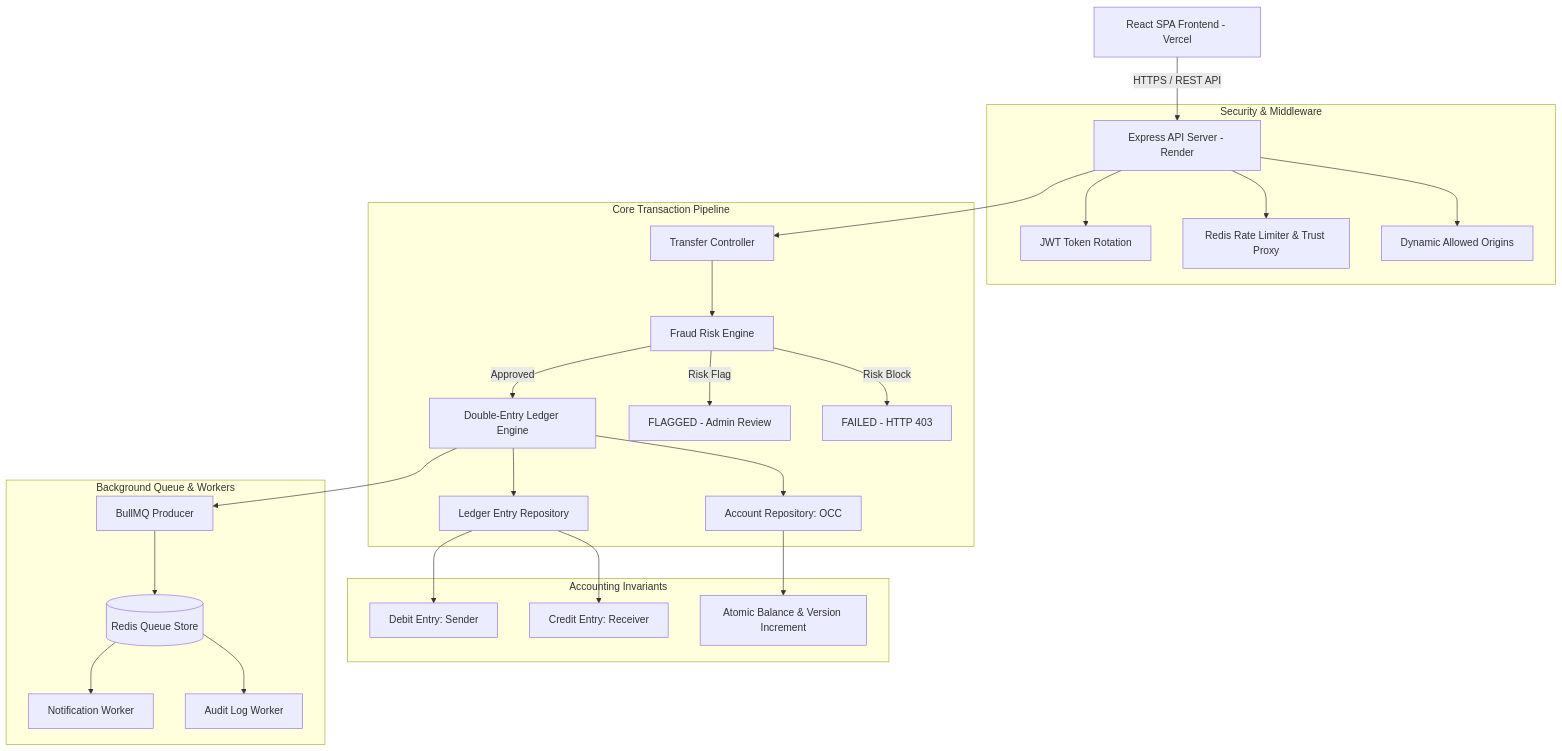
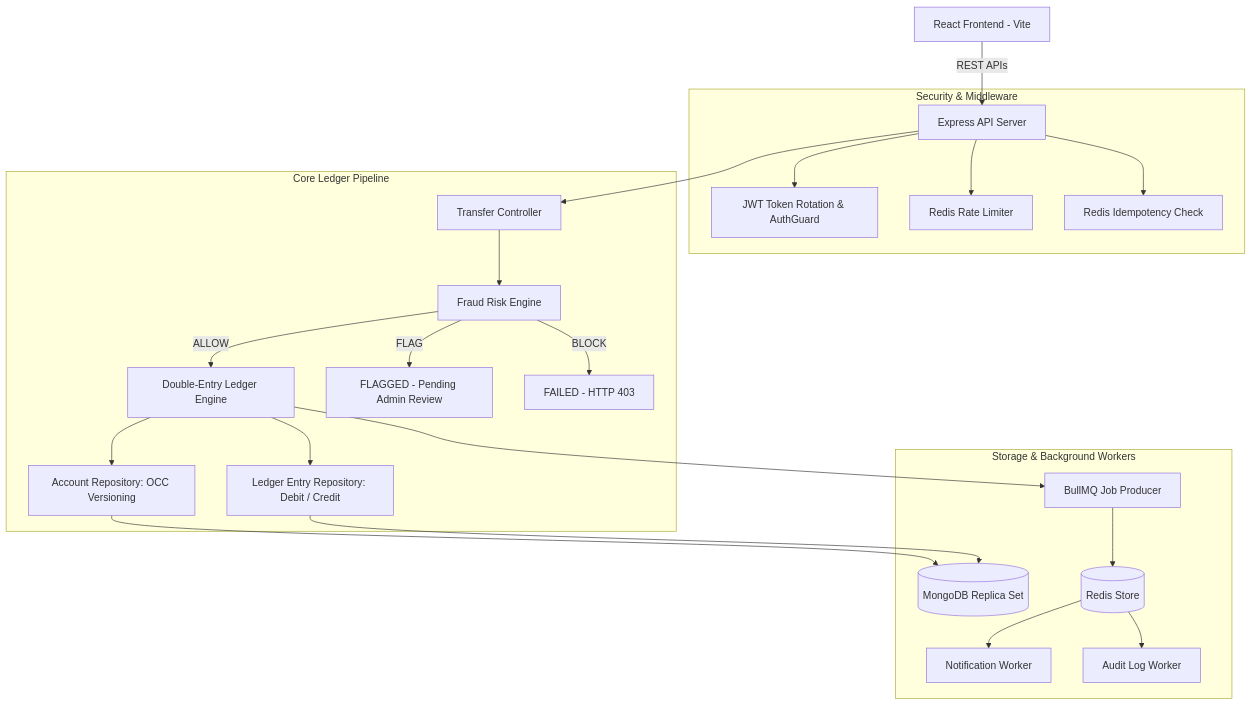
One commit to harshilrajyaguru/vetanam-payment-ledger changed the diagram in README.md. Above: the diagram before and after it, drawn with Mermaid. The commit also changed other lines of this file, not shown here.

````diff
--- a/README.md
+++ b/README.md
@@ -44,34 +56,30 @@
 ```mermaid
-graph TD
-    Client[React SPA Frontend - Vercel] -->|HTTPS / REST API| API[Express API Server - Render]
+flowchart TD
+    Client[React Frontend - Vite] -->|REST APIs| API[Express API Server]
     
     subgraph Security & Middleware
-        API --> AuthGuard[JWT Token Rotation]
-        API --> RateLimiter[Redis Rate Limiter & Trust Proxy]
-        API --> CORS[Dynamic Allowed Origins]
+        API --> Auth[JWT Token Rotation & AuthGuard]
+        API --> RateLimiter[Redis Rate Limiter]
+        API --> Idempotency[Redis Idempotency Check]
     end
 
-    subgraph Core Transaction Pipeline
-        API --> TransferController[Transfer Controller]
-        TransferController --> FraudService[Fraud Risk Engine]
-        FraudService -->|Approved| LedgerService[Double-Entry Ledger Engine]
-        FraudService -->|Risk Flag| FlaggedState[FLAGGED - Admin Review]
-        FraudService -->|Risk Block| BlockedState[FAILED - HTTP 403]
-
-        LedgerService --> AccountRepo[Account Repository: OCC]
-        LedgerService --> LedgerRepo[Ledger Entry Repository]
+    subgraph Core Ledger Pipeline
+        API --> TransferCtrl[Transfer Controller]
+        TransferCtrl --> FraudService[Fraud Risk Engine]
+        FraudService -->|ALLOW| LedgerEngine[Double-Entry Ledger Engine]
+        FraudService -->|FLAG| AdminReview[FLAGGED - Pending Admin Review]
+        FraudService -->|BLOCK| BlockedTx[FAILED - HTTP 403]
+        
+        LedgerEngine --> AccountRepo[Account Repository: OCC Versioning]
+        LedgerEngine --> LedgerRepo[Ledger Entry Repository: Debit / Credit]
     end
 
-    subgraph Accounting Invariants
-        LedgerRepo --> DEBIT[Debit Entry: Sender]
-        LedgerRepo --> CREDIT[Credit Entry: Receiver]
-        AccountRepo --> VersionUpdate[Atomic Balance & Version Increment]
-    end
-
-    subgraph Background Queue & Workers
-        LedgerService --> QueueProducer[BullMQ Producer]
-        QueueProducer --> RedisStore[(Redis Queue Store)]
-        RedisStore --> NotifWorker[Notification Worker]
-        RedisStore --> AuditWorker[Audit Log Worker]
+    subgraph Storage & Background Workers
+        AccountRepo --> Mongo[(MongoDB Replica Set)]
+        LedgerRepo --> Mongo
+        LedgerEngine --> QueueProducer[BullMQ Job Producer]
+        QueueProducer --> RedisStore[(Redis Store)]
+        RedisStore --> WorkerNotif[Notification Worker]
+        RedisStore --> WorkerAudit[Audit Log Worker]
     end
 ```
````
